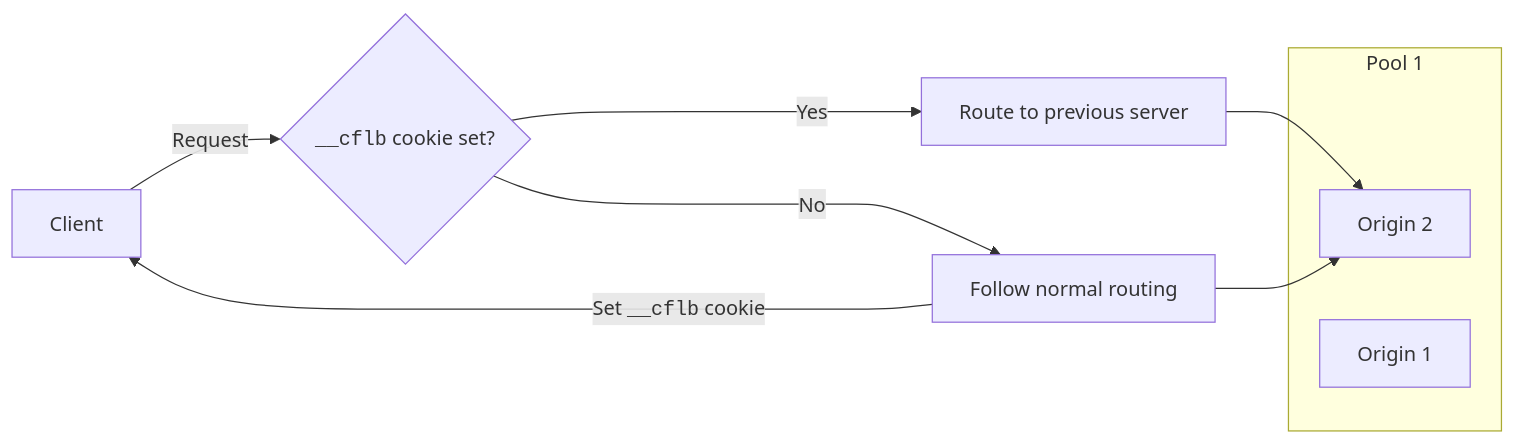
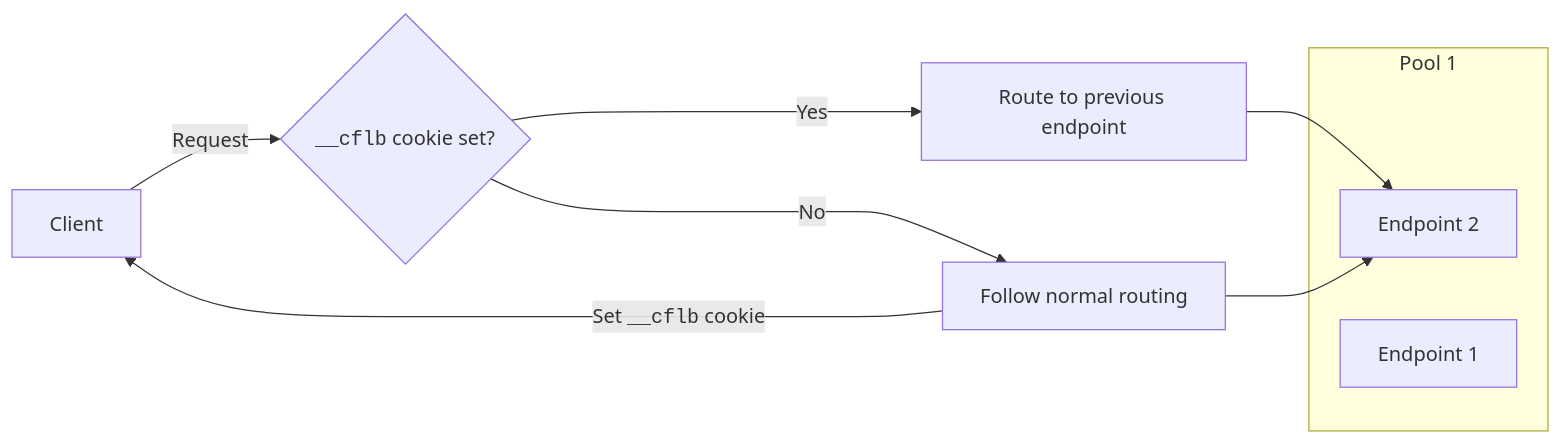
The diagram in content/load-balancing/_partials/_session-affinity-by-cookie-process.md (rdhanarot/cloudflare-docs), drawn with Mermaid before and after one commit. The commit also changed other lines of this file and 145 other files, not shown here.

````diff
--- a/content/load-balancing/_partials/_session-affinity-by-cookie-process.md
+++ b/content/load-balancing/_partials/_session-affinity-by-cookie-process.md
@@ -14,15 +14,15 @@
 ```mermaid
     flowchart LR
       accTitle: Session affinity process
       accDescr: Session affinity directs requests from the same client to the same server.
      A[Client] --Request--> B{<code>__cflb</code> cookie set?}
-     B -->|Yes| C[Route to previous server]
+     B -->|Yes| C[Route to previous endpoint]
      C --> O2
      B ---->|No| E[Follow normal routing]
      E --> O2
      E --Set <code>__cflb</code> cookie--> A
      subgraph P1 [Pool 1]
-        O1[Origin 1]
-        O2[Origin 2]
+        O1[Endpoint 1]
+        O2[Endpoint 2]
      end
 ```
````
